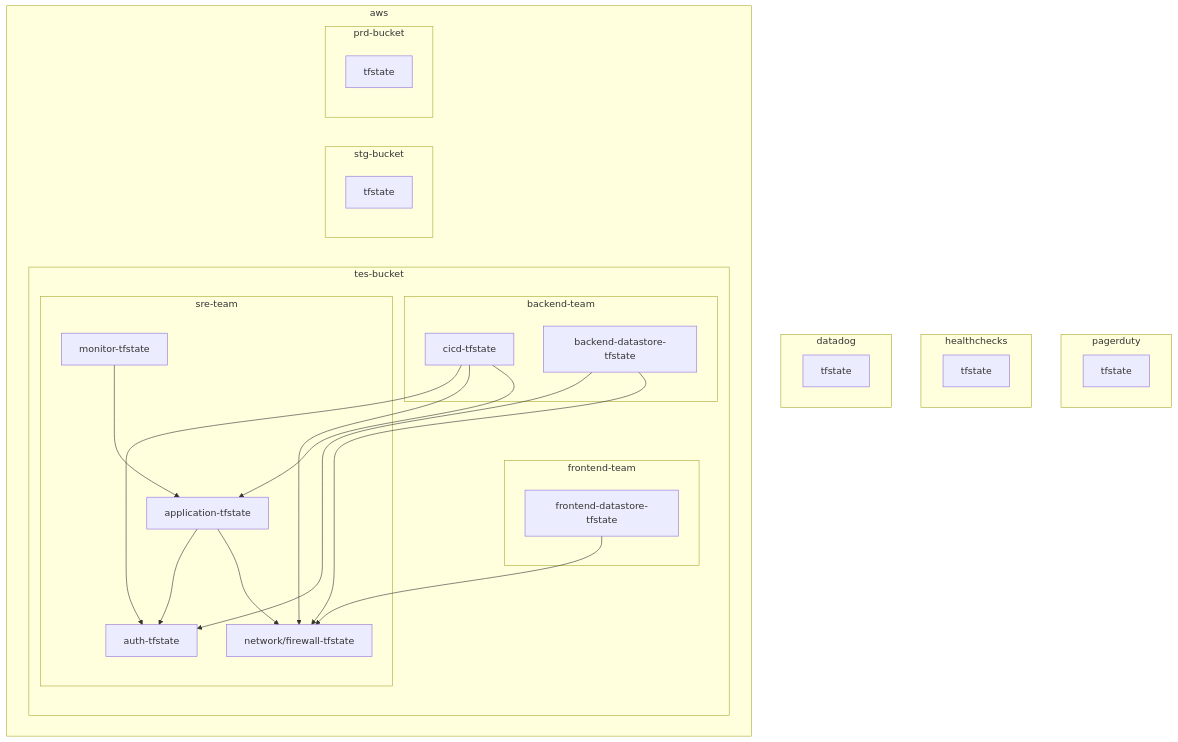
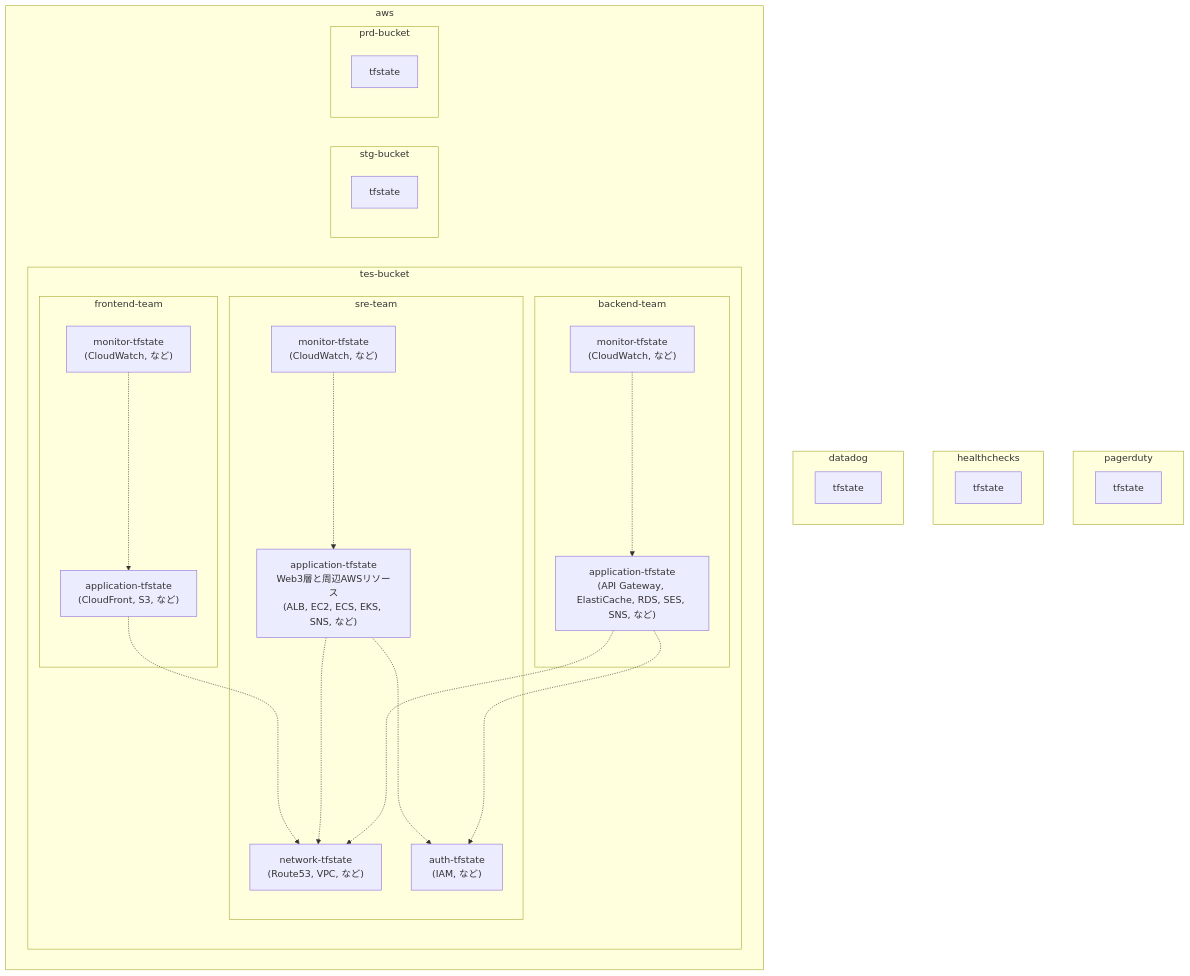
The eighth of 8 diagrams in docs/infrastructure_as_code/infrastructure_as_code_terraform_policy_tfstate.md (hiroki-it/tech-notebook), drawn with Mermaid before and after one commit. The commit also changed other lines of this file and 2 other files, not shown here.

````diff
--- a/docs/infrastructure_as_code/infrastructure_as_code_terraform_policy_tfstate.md
+++ b/docs/infrastructure_as_code/infrastructure_as_code_terraform_policy_tfstate.md
@@ -1020,45 +1297,46 @@
 ```mermaid
-graph TB
+
+%%{init:{'theme':'natural'}}%%
+flowchart TB
     subgraph pagerduty
         Pagerduty[tfstate]
     end
     subgraph healthchecks
         Healthchecks[tfstate]
     end
     subgraph datadog
         Datadog[tfstate]
     end
     subgraph aws
         subgraph tes-bucket
             subgraph frontend-team
-                Frontdatastore[frontend-datastore-tfstate]
+                 FrontendApplication["application-tfstate<br>(CloudFront, S3, など)<br>"]
+                 FrontendMonitor["monitor-tfstate<br>(CloudWatch, など)"]
             end
-        subgraph backend-team
-        Cicd[cicd-tfstate]
-        Backenddatastore[backend-datastore-tfstate]
-    end
-    Cicd[cicd-tfstate]-->Application
-    Cicd[cicd-tfstate]-->Network-firewall
-    Cicd[cicd-tfstate]-->Auth
-    Frontdatastore[frontend-datastore-tfstate]-->Network-firewall
-    Backenddatastore[backend-datastore-tfstate]-->Network-firewall
-    Backenddatastore[backend-datastore-tfstate]-->Auth
-    subgraph sre-team
-        Application[application-tfstate]
-        Auth[auth-tfstate]
-        Monitor[monitor-tfstate]
-        Network-firewall[network/firewall-tfstate]
-    end
-    Application[application-tfstate]-->Network-firewall
-    Application[application-tfstate]-->Auth
-    Monitor[monitor-tfstate]-->Application
-    Auth[auth-tfstate]
-    end
+            subgraph backend-team
+                BackendApplication["application-tfstate<br>(API Gateway, ElastiCache, RDS, SES, SNS, など)<br>"]
+                BackendMonitor["monitor-tfstate<br>(CloudWatch, など)"]
+            end
+            subgraph sre-team
+                SreApplication["application-tfstate<br>Web3層と周辺AWSリソース<br>(ALB, EC2, ECS, EKS, SNS, など)<br>"]
+                Auth["auth-tfstate<br>(IAM, など)"]
+                SreMonitor["monitor-tfstate<br>(CloudWatch, など)"]
+                Network["network-tfstate<br>(Route53, VPC, など)"]
+            end
+            FrontendApplication-...->Network
+            SreApplication-...->Auth
+            SreApplication-...->Network
+            BackendApplication-...->Auth
+            BackendApplication-...->Network
+            FrontendMonitor-...->FrontendApplication
+            SreMonitor-...->SreApplication
+            BackendMonitor-...->BackendApplication
+       end
     subgraph stg-bucket
         Stgtfstate[tfstate]
     end
     subgraph prd-bucket
         Prdtfstate[tfstate]
     end
     end
 ```
````
